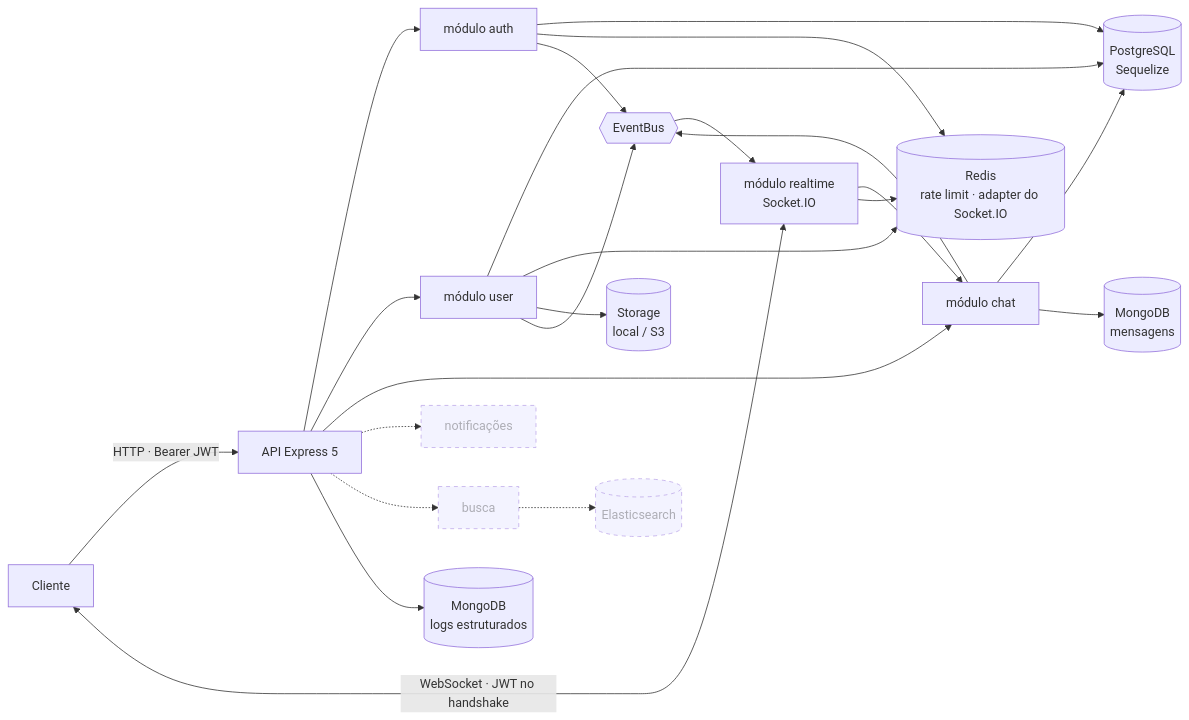
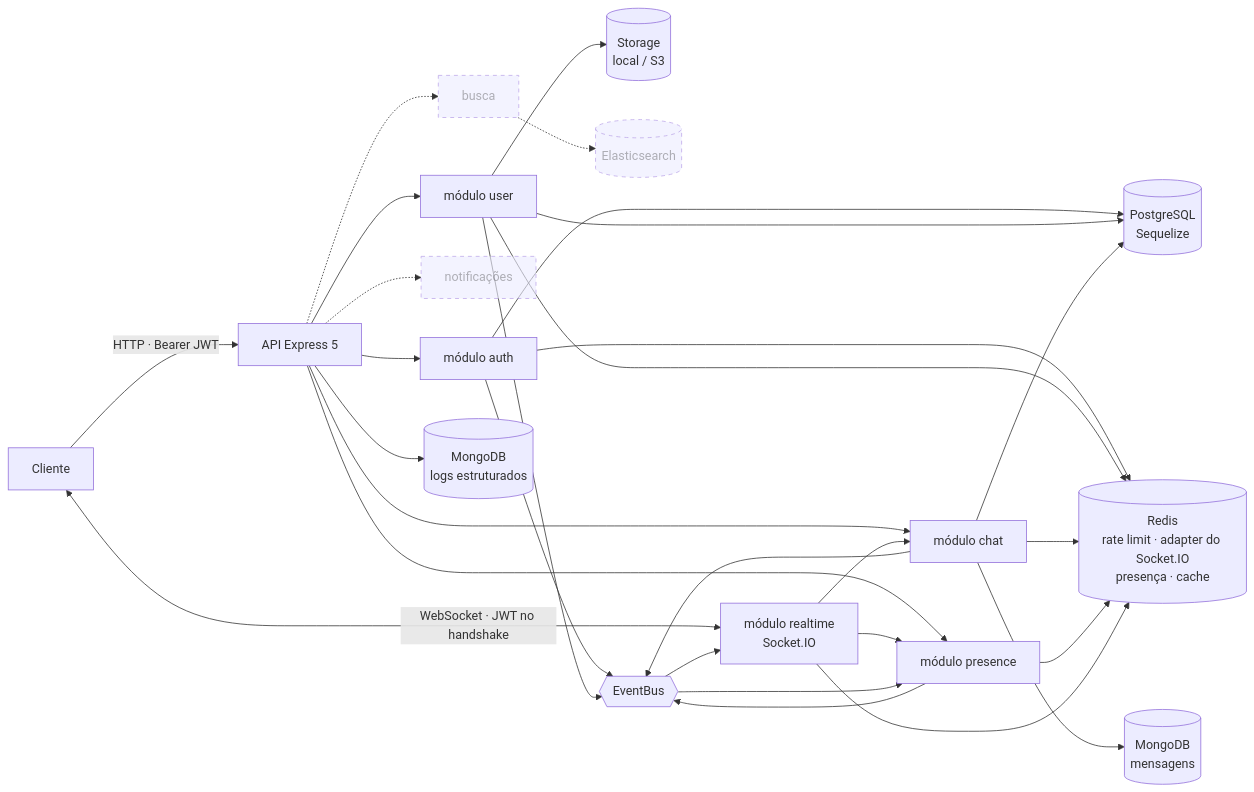
Before and after one commit to GabeSilvaDev/realtime-messaging-platform: the diagram in README.pt-BR.md, drawn with Mermaid. The commit also changed other lines of this file and 1 other file, not shown here.

Commit message:
📝 docs: documenta a presença, o cache Redis e a API de presença

````diff
--- a/README.pt-BR.md
+++ b/README.pt-BR.md
@@ -27,22 +27,25 @@
 ```mermaid
 flowchart LR
     C[Cliente] -->|HTTP · Bearer JWT| API[API Express 5]
     C <-->|WebSocket · JWT no handshake| RT[módulo realtime<br/>Socket.IO]
     API --> AUTH[módulo auth]
     API --> USER[módulo user]
     API --> CHAT[módulo chat]
+    API --> PRES[módulo presence]
     RT --> CHAT
+    RT --> PRES
     API -.-> NOTIF[notificações]
     API -.-> SEARCH[busca]
     AUTH & USER & CHAT --> PG[(PostgreSQL<br/>Sequelize)]
-    AUTH & USER & RT --> RD[(Redis<br/>rate limit · adapter do Socket.IO)]
+    AUTH & USER & CHAT & PRES & RT --> RD[(Redis<br/>rate limit · adapter do Socket.IO<br/>presença · cache)]
     USER --> ST[(Storage<br/>local / S3)]
     API --> LOG[(MongoDB<br/>logs estruturados)]
     CHAT --> MG[(MongoDB<br/>mensagens)]
     SEARCH -.-> ES[(Elasticsearch)]
-    AUTH & USER & CHAT --> EB{{EventBus}}
+    AUTH & USER & CHAT & PRES --> EB{{EventBus}}
     EB --> RT
+    EB --> PRES
 
     classDef planned stroke-dasharray: 5 5,opacity:0.6
     class NOTIF,SEARCH,ES planned
 ```
````
